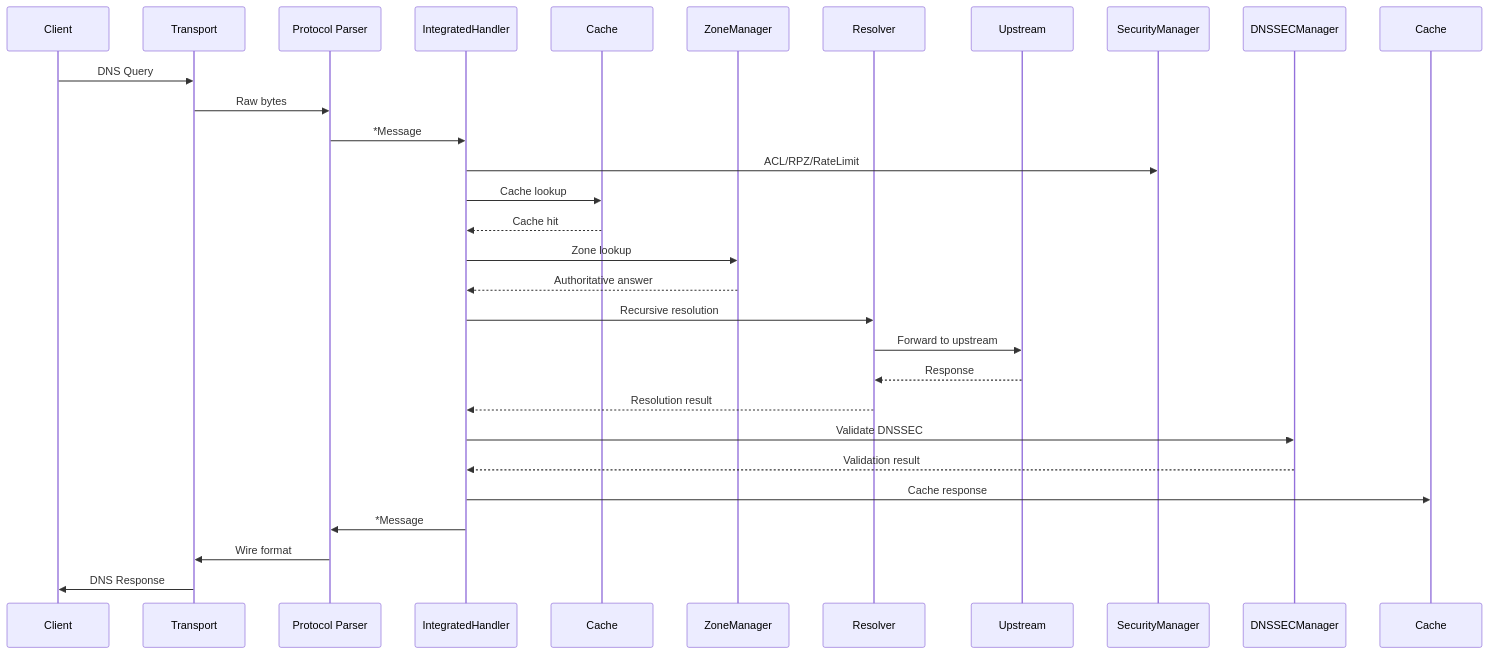
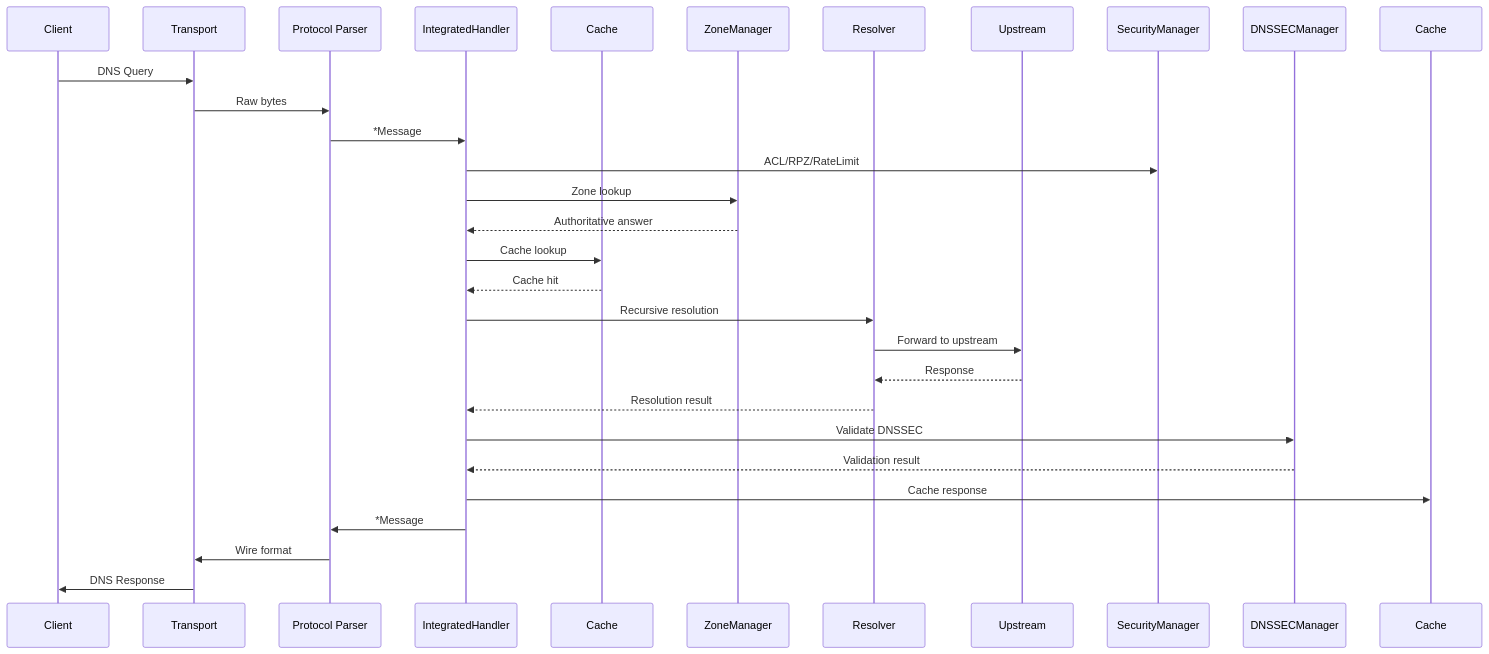
One commit to NothingDNS/NothingDNS changed diagram 13 of 13 in docs/ARCHITECTURE.md. Above: the diagram before and after it, drawn with Mermaid. The commit also changed other lines of this file and 2 other files, not shown here.

First line of the commit message:
fix(dns): answer from local zones before the caches

````diff
--- a/docs/ARCHITECTURE.md
+++ b/docs/ARCHITECTURE.md
@@ -994,33 +994,33 @@
 ```mermaid
 sequenceDiagram
     participant C as Client
     participant T as Transport
     participant P as Protocol Parser
     participant IH as IntegratedHandler
     participant CACHE as Cache
     participant ZM as ZoneManager
     participant RES as Resolver
     participant UP as Upstream
     participant SEC as SecurityManager
     participant DNSSEC as DNSSECManager
     participant CACHE2 as Cache
 
     C->>T: DNS Query
     T->>P: Raw bytes
     P->>IH: *Message
     IH->>SEC: ACL/RPZ/RateLimit
+    IH->>ZM: Zone lookup
+    ZM-->>IH: Authoritative answer
     IH->>CACHE: Cache lookup
     CACHE-->>IH: Cache hit
-    IH->>ZM: Zone lookup
-    ZM-->>IH: Authoritative answer
     IH->>RES: Recursive resolution
     RES->>UP: Forward to upstream
     UP-->>RES: Response
     RES-->>IH: Resolution result
     IH->>DNSSEC: Validate DNSSEC
     DNSSEC-->>IH: Validation result
     IH->>CACHE2: Cache response
     IH->>P: *Message
     P->>T: Wire format
     T->>C: DNS Response
 ```
````
